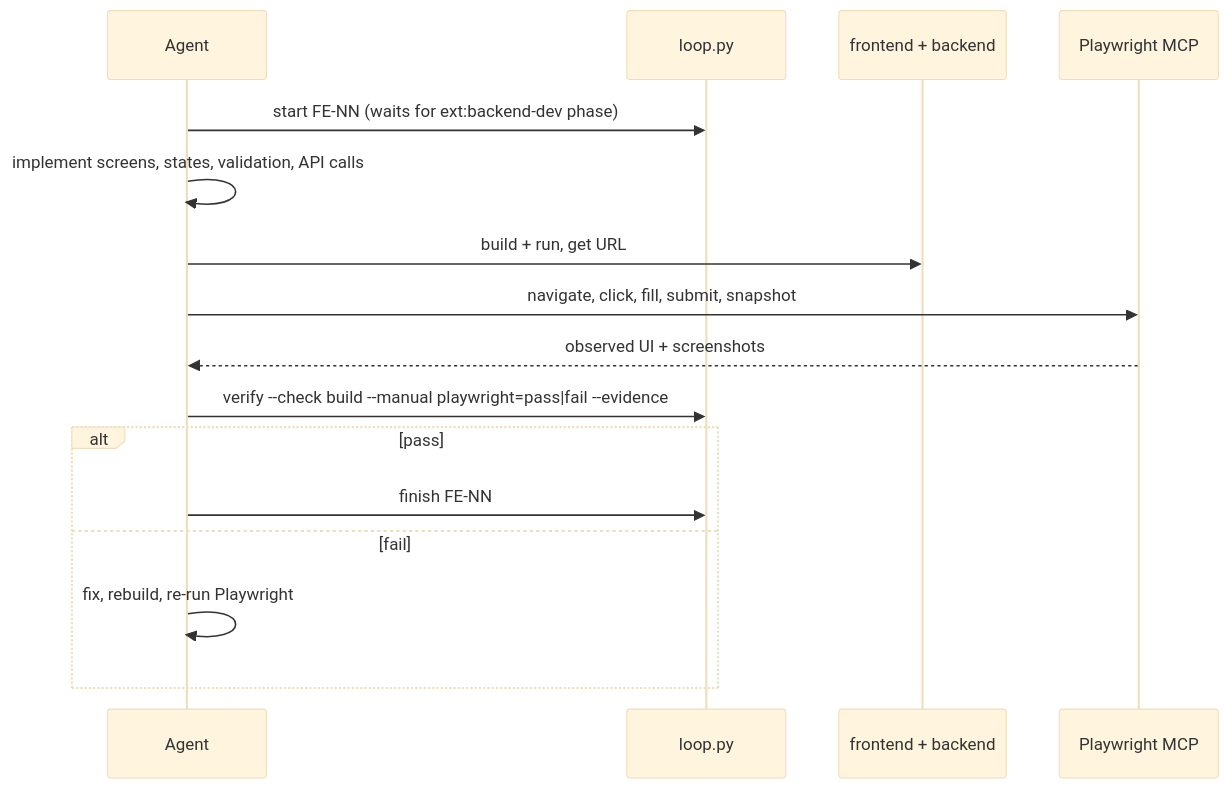
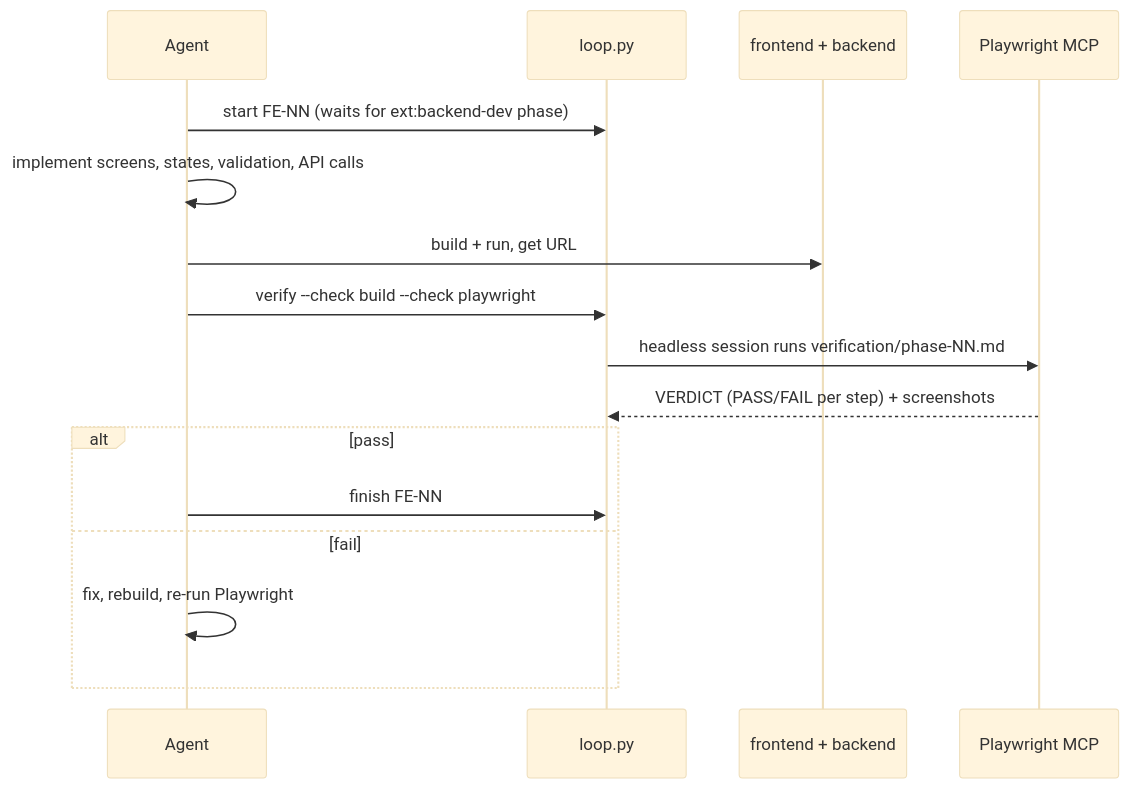
One commit to omarwt/quickflow changed the third of 5 diagrams in README.md. Above: the diagram before and after it, drawn with Mermaid (base theme). The commit also changed other lines of this file and 154 other files, not shown here.

````diff
--- a/README.md
+++ b/README.md
@@ -137,19 +183,19 @@
 ```mermaid
 sequenceDiagram
     participant Agent
     participant LoopPy as loop.py
     participant App as frontend + backend
     participant Playwright as Playwright MCP
 
     Agent->>LoopPy: start FE-NN (waits for ext:backend-dev phase)
     Agent->>Agent: implement screens, states, validation, API calls
     Agent->>App: build + run, get URL
-    Agent->>Playwright: navigate, click, fill, submit, snapshot
-    Playwright-->>Agent: observed UI + screenshots
-    Agent->>LoopPy: verify --check build --manual playwright=pass|fail --evidence
+    Agent->>LoopPy: verify --check build --check playwright
+    LoopPy->>Playwright: headless session runs verification/phase-NN.md
+    Playwright-->>LoopPy: VERDICT (PASS/FAIL per step) + screenshots
     alt pass
         Agent->>LoopPy: finish FE-NN
     else fail
         Agent->>Agent: fix, rebuild, re-run Playwright
     end
 ```
````
